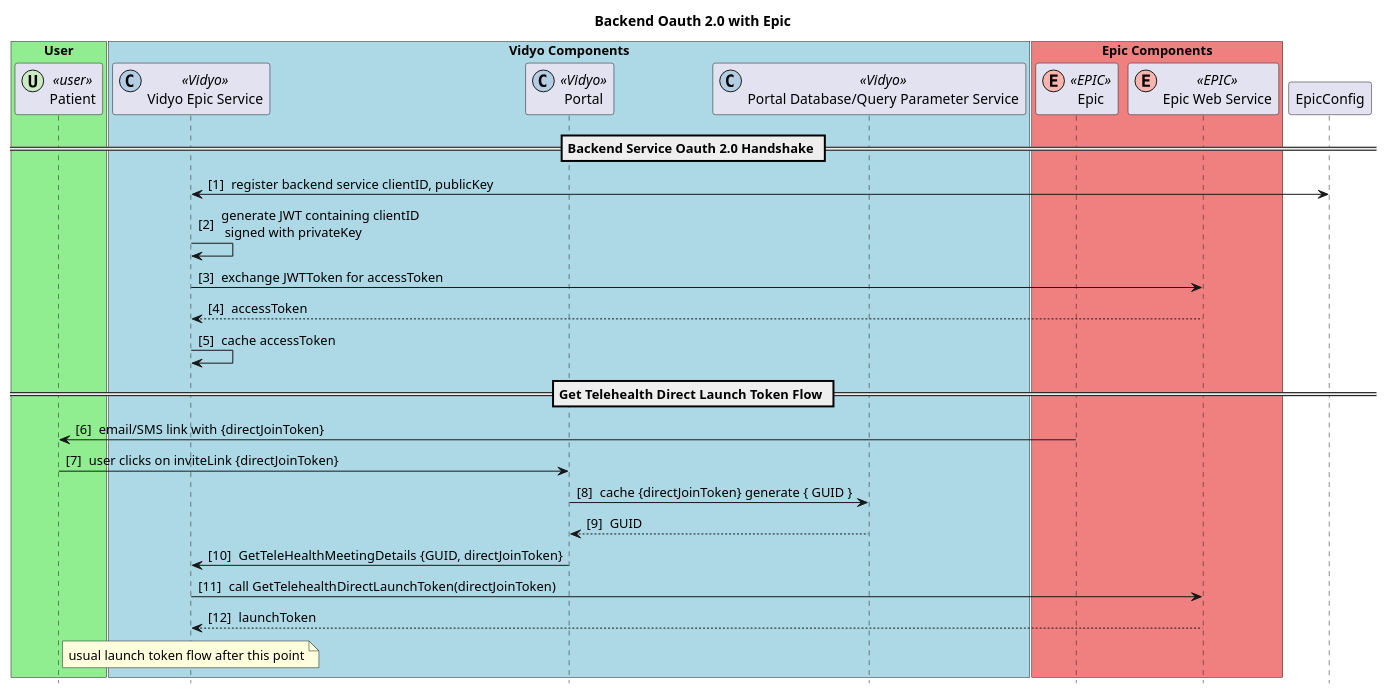
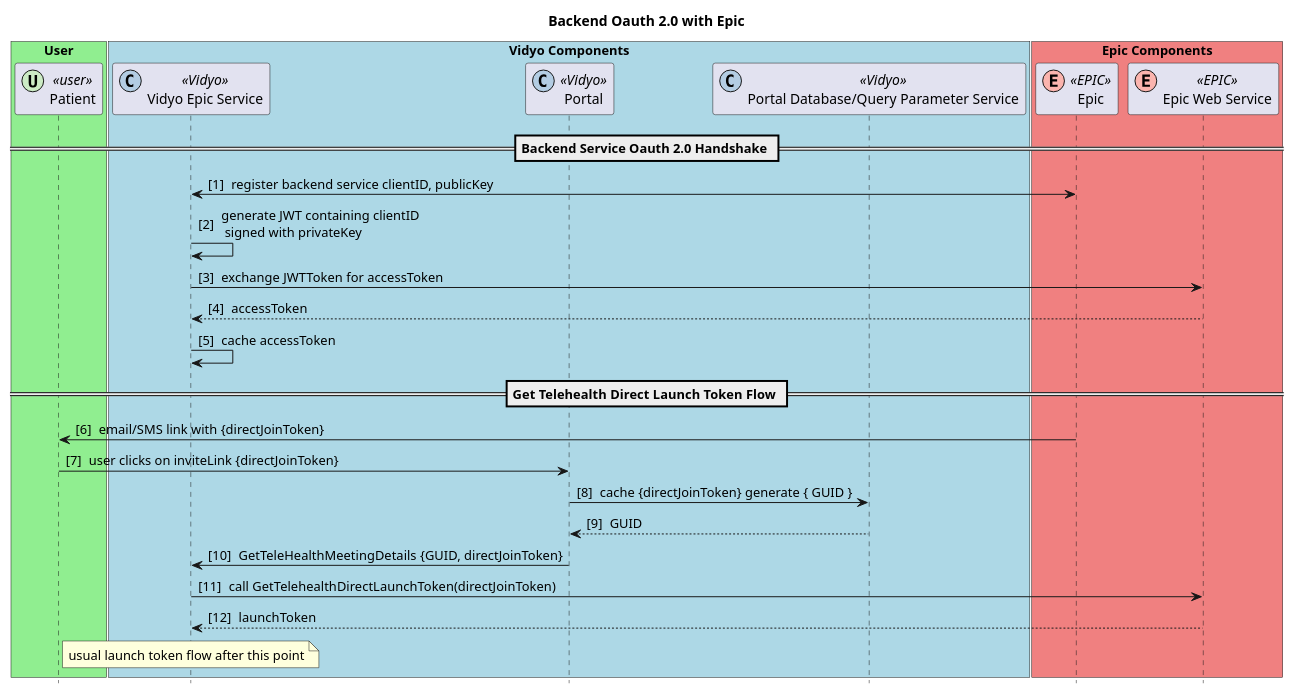
Before and after one commit to squashmeister99/architecture-viewer: the diagram in docs/uml/source/getDirectLaunchToken.wsd, drawn with PlantUML. The commit also changed 4 other files, not shown here.

```diff
--- a/docs/uml/source/getDirectLaunchToken.wsd
+++ b/docs/uml/source/getDirectLaunchToken.wsd
@@ -1,41 +1,41 @@
 @startuml
 title "Backend Oauth 2.0 with Epic"
 hide footbox
 hide unlinked
 
 autonumber "[0] "
 
 box "User" #LightGreen
 participant "Patient" as Patient << (U, #ccebc5) user >>
 participant "Browser" as Browser << (U, #ccebc5) user >>
 end box
 
 box "Vidyo Components" #LightBlue
 participant "Vidyo Epic Service" as VidyoEpicService << (C, #b3cde3) Vidyo >>
 participant "Portal" as Portal << (C, #b3cde3) Vidyo >>
 participant "Portal Database/Query Parameter Service" as PortalDB << (C, #b3cde3) Vidyo >>
 participant "VidyoConnect App" as VidyoConnect << (C, #b3cde3  ) Vidyo >>
 end box
 
 box "Epic Components" #LightCoral
 participant "Epic" as Epic << (E, #fbb4ae) EPIC >>
 participant "Epic Web Service" as EPS << (E, #fbb4ae) EPIC >>
 end box
 
 ==Backend Service Oauth 2.0 Handshake ==
-VidyoEpicService<->EpicConfig : register backend service clientID, publicKey
+VidyoEpicService<->Epic : register backend service clientID, publicKey
 VidyoEpicService->VidyoEpicService : generate JWT containing clientID \n signed with privateKey
 VidyoEpicService->EPS : exchange JWTToken for accessToken 
 return accessToken
 VidyoEpicService->VidyoEpicService : cache accessToken
 
 == Get Telehealth Direct Launch Token Flow ==
 Epic->Patient: email/SMS link with {directJoinToken}
 Patient->Portal: user clicks on inviteLink {directJoinToken}
 Portal->PortalDB: cache {directJoinToken} generate { GUID }
 return GUID
 Portal->VidyoEpicService: GetTeleHealthMeetingDetails {GUID, directJoinToken}
 VidyoEpicService->EPS : call GetTelehealthDirectLaunchToken(directJoinToken)
 return launchToken 
 note over VidyoEpicService : usual launch token flow after this point
 @enduml
```
